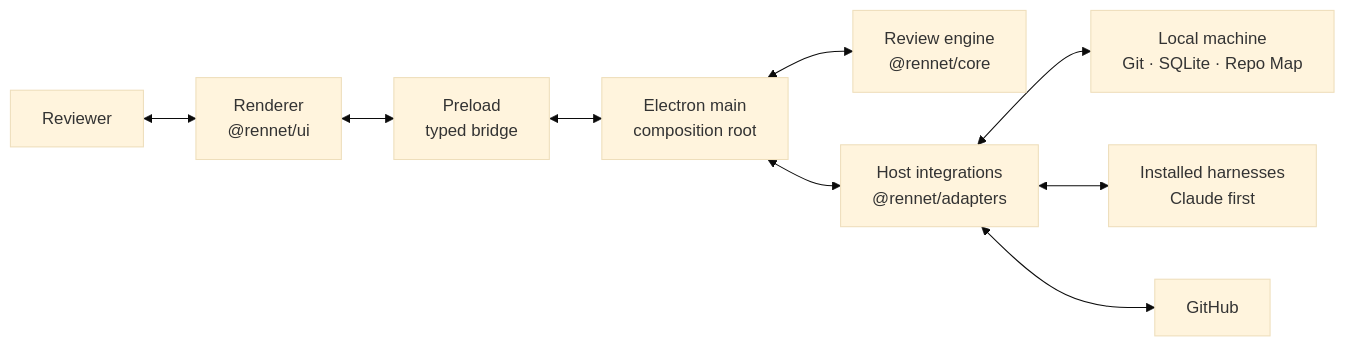
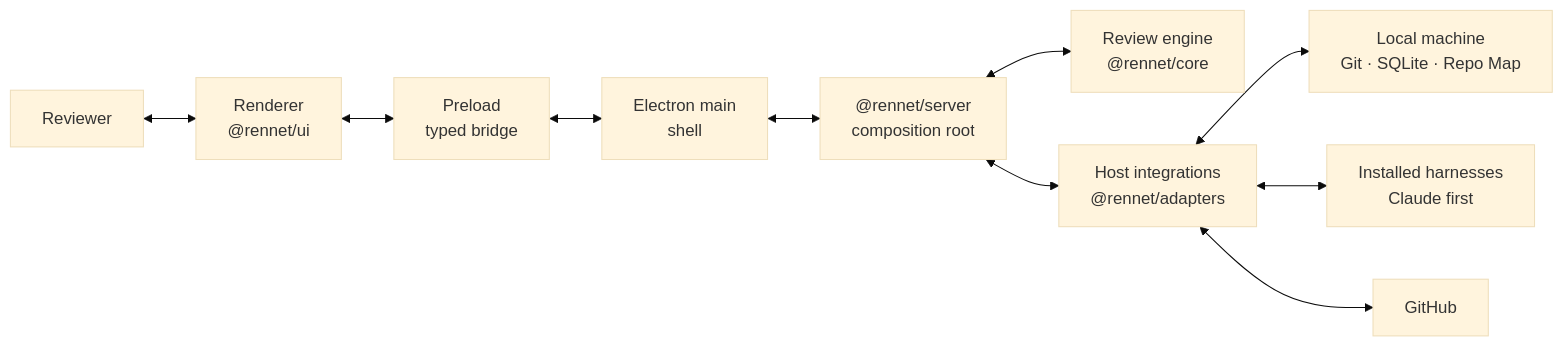
Before and after one commit to rbutera/Rennet: the first of 5 diagrams in docs/src/content/docs/developing/concepts/architecture-overview.md, drawn with Mermaid (base theme). The commit also changed other lines of this file and 10 other files, not shown here.

First line of the commit message:
refactor(server): createRennetServer composition root; desktop main becomes a shell (#377)

````diff
--- a/docs/src/content/docs/developing/concepts/architecture-overview.md
+++ b/docs/src/content/docs/developing/concepts/architecture-overview.md
@@ -18,20 +21,22 @@
 ```mermaid
 flowchart LR
   user[Reviewer]
   ui["Renderer<br/>@rennet/ui"]
   preload["Preload<br/>typed bridge"]
-  main["Electron main<br/>composition root"]
+  main["Electron main<br/>shell"]
+  server["@rennet/server<br/>composition root"]
   core["Review engine<br/>@rennet/core"]
   adapters["Host integrations<br/>@rennet/adapters"]
   local["Local machine<br/>Git · SQLite · Repo Map"]
   harness["Installed harnesses<br/>Claude first"]
   github[GitHub]
 
   user <--> ui
   ui <--> preload <--> main
-  main <--> core
-  main <--> adapters
+  main <--> server
+  server <--> core
+  server <--> adapters
   adapters <--> local
   adapters <--> harness
   adapters <--> github
 ```
````
